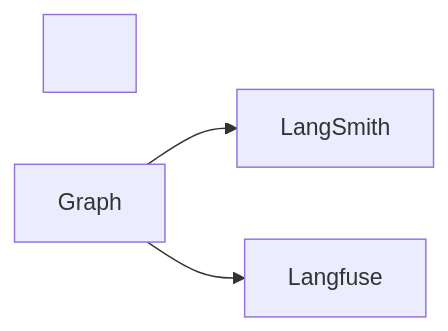
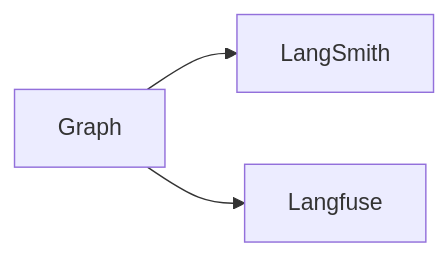
One commit to ethan-tran-mfv/aiagt-precision-triage changed the tenth of 13 diagrams in docs/diagram.md. Above: the diagram before and after it, drawn with Mermaid. The commit also changed other lines of this file and 19 other files, not shown here.

````diff
--- a/docs/diagram.md
+++ b/docs/diagram.md
@@ -473,9 +277,5 @@
 ```mermaid
-
 flowchart LR
-
-&nbsp;   Graph --> Trace\[LangSmith]
-
-&nbsp;   Graph --> Metrics\[Langfuse]
-
+    Graph --> Trace[LangSmith]
+    Graph --> Metrics[Langfuse]
 ```
````
